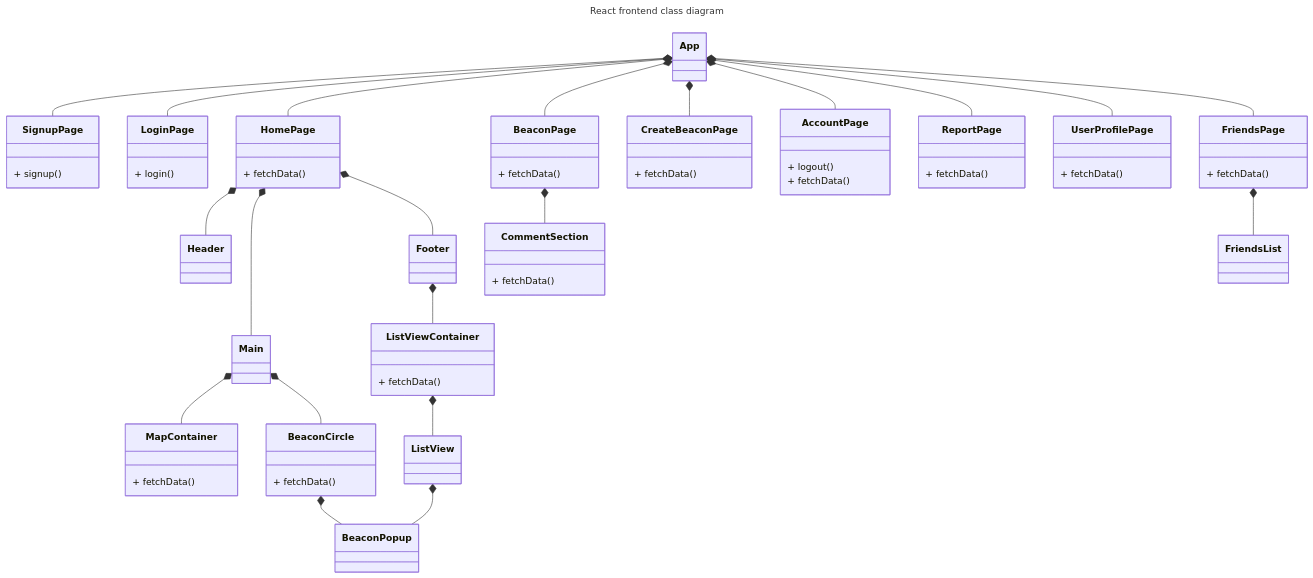
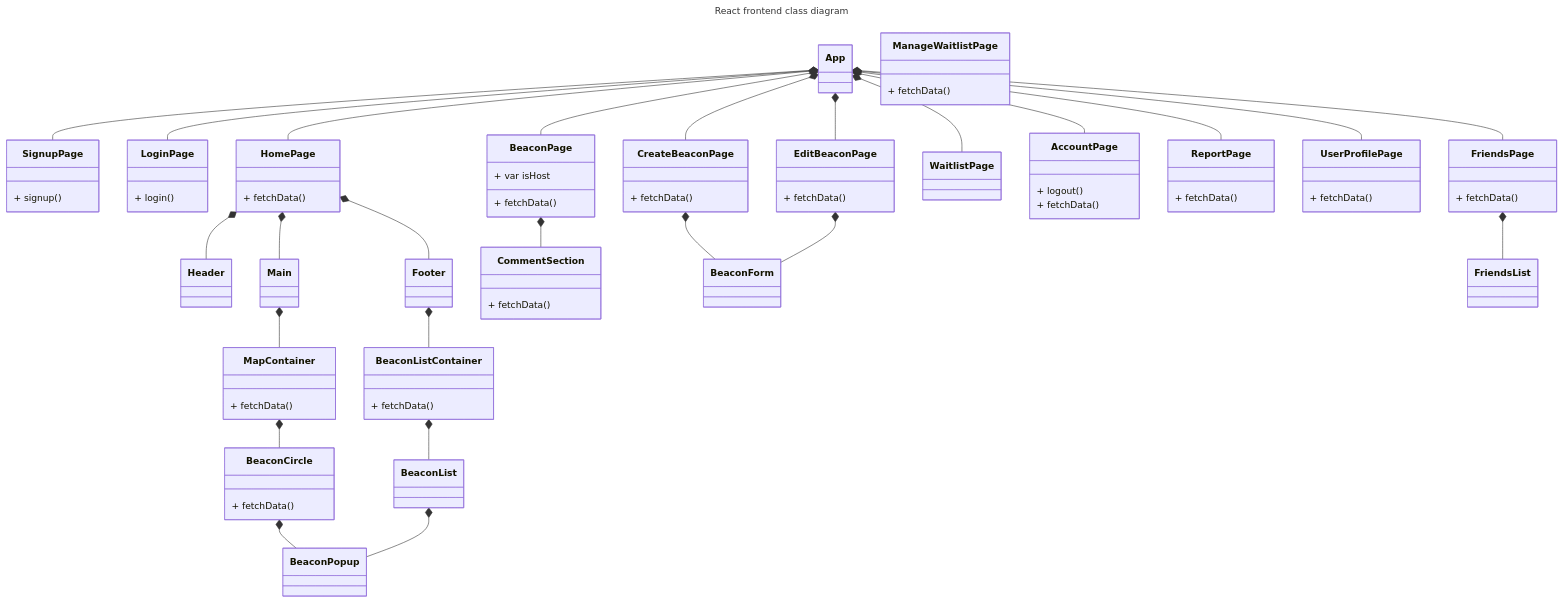
Before and after one commit to jenniferlieu/project-lomo-in-person-gaming-app: the first of 7 diagrams in documentation/docs/system-architecture/classdiagrams.md, drawn with Mermaid. The commit also changed other lines of this file and 1 other file, not shown here.

Commit message:
Finalize backend class diagram

```diff
--- a/documentation/docs/system-architecture/classdiagrams.md
+++ b/documentation/docs/system-architecture/classdiagrams.md
@@ -32,6 +25,8 @@
     App *-- HomePage
     App *-- BeaconPage
     App *-- CreateBeaconPage
+    App *-- EditBeaconPage
+    App *-- WaitlistPage
     App *-- AccountPage
     App *-- ReportPage
     App *-- UserProfilePage
@@ -49,11 +44,11 @@
     HomePage *-- Main
     HomePage *-- Footer
     Main *-- MapContainer
-    Main *-- BeaconCircle
+    MapContainer *-- BeaconCircle
     BeaconCircle *-- BeaconPopup
-    Footer *-- ListViewContainer
-    ListViewContainer *-- ListView
-    ListView *-- BeaconPopup
+    Footer *-- BeaconListContainer
+    BeaconListContainer *-- BeaconList
+    BeaconList *-- BeaconPopup
     class HomePage{
         + fetchData()
     }
@@ -63,19 +58,29 @@
     class BeaconCircle{
         + fetchData()
     }
-    class ListViewContainer{
+    class BeaconListContainer{
         + fetchData()
     }
 
     BeaconPage *-- CommentSection
     class BeaconPage{
+        + var isHost
         + fetchData()
     }
     class CommentSection{
         + fetchData()
     }
 
+    CreateBeaconPage *-- BeaconForm
+    EditBeaconPage *-- BeaconForm
     class CreateBeaconPage{
+        + fetchData()
+    }
+    class EditBeaconPage{
+        + fetchData()
+    }
+
+    class ManageWaitlistPage{
         + fetchData()
     }
 
```
